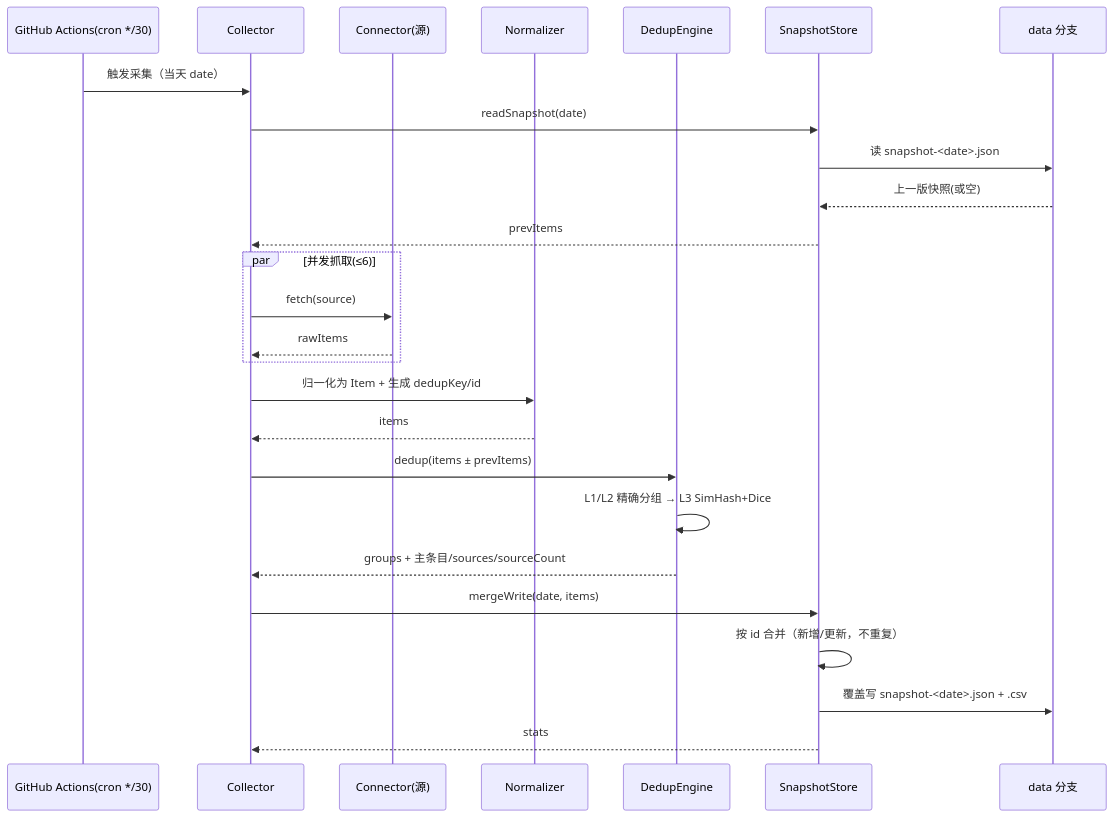
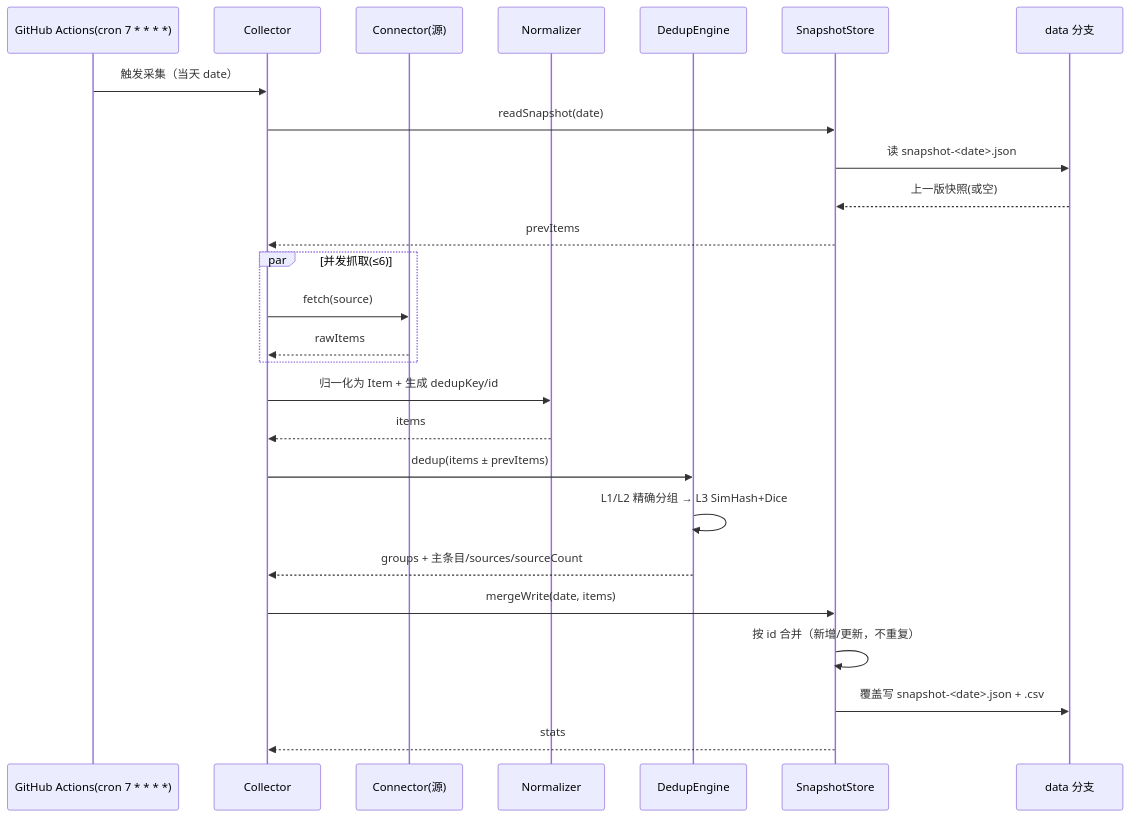
One commit to Shonee/rss-radar changed the third of 5 diagrams in docs/ARCHITECTURE.md. Above: the diagram before and after it, drawn with Mermaid. The commit also changed other lines of this file and 3 other files, not shown here.

````diff
--- a/docs/ARCHITECTURE.md
+++ b/docs/ARCHITECTURE.md
@@ -575,29 +575,29 @@
 ```mermaid
 sequenceDiagram
-    participant Cron as GitHub Actions(cron */30)
+    participant Cron as GitHub Actions(cron 7 * * * *)
     participant Coll as Collector
     participant Conn as Connector(源)
     participant Norm as Normalizer
     participant Dedup as DedupEngine
     participant Store as SnapshotStore
     participant FS as data 分支
 
     Cron->>Coll: 触发采集（当天 date）
     Coll->>Store: readSnapshot(date)
     Store->>FS: 读 snapshot-<date>.json
     FS-->>Store: 上一版快照(或空)
     Store-->>Coll: prevItems
     par 并发抓取(≤6)
         Coll->>Conn: fetch(source)
         Conn-->>Coll: rawItems
     end
     Coll->>Norm: 归一化为 Item + 生成 dedupKey/id
     Norm-->>Coll: items
     Coll->>Dedup: dedup(items ± prevItems)
     Dedup->>Dedup: L1/L2 精确分组 → L3 SimHash+Dice
     Dedup-->>Coll: groups + 主条目/sources/sourceCount
     Coll->>Store: mergeWrite(date, items)
     Store->>Store: 按 id 合并（新增/更新，不重复）
     Store->>FS: 覆盖写 snapshot-<date>.json + .csv
     Store-->>Coll: stats
 ```
````
